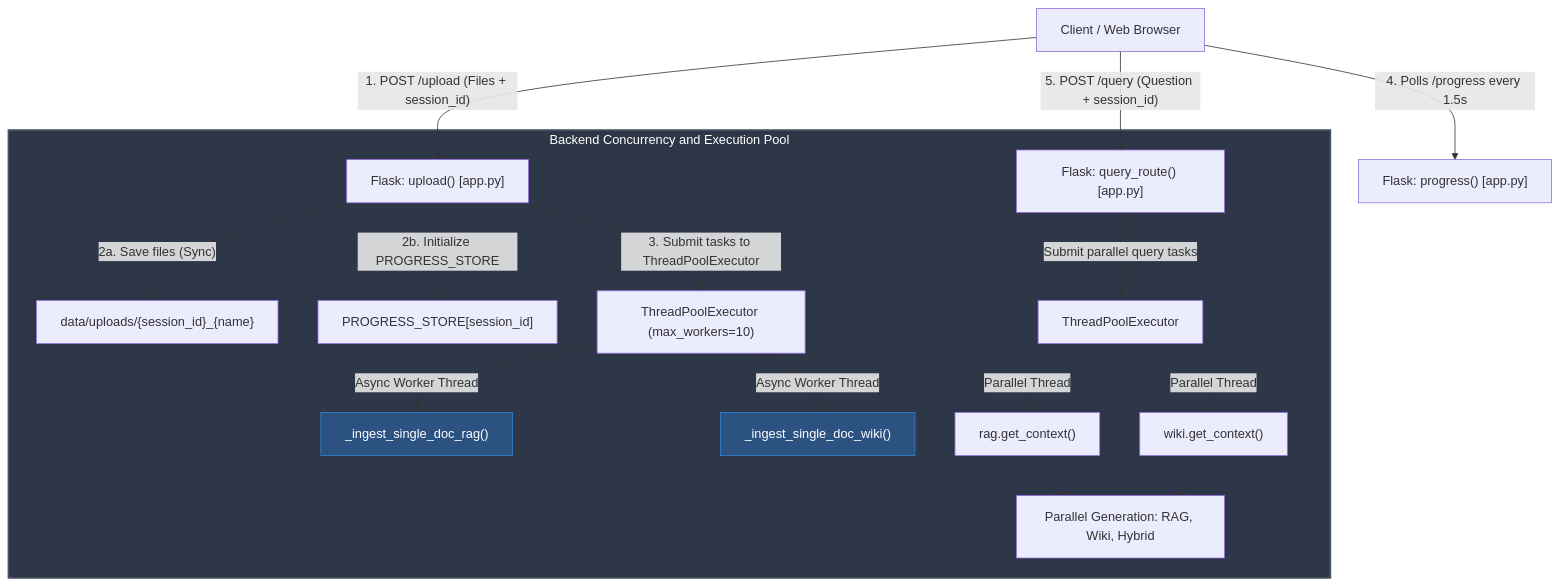
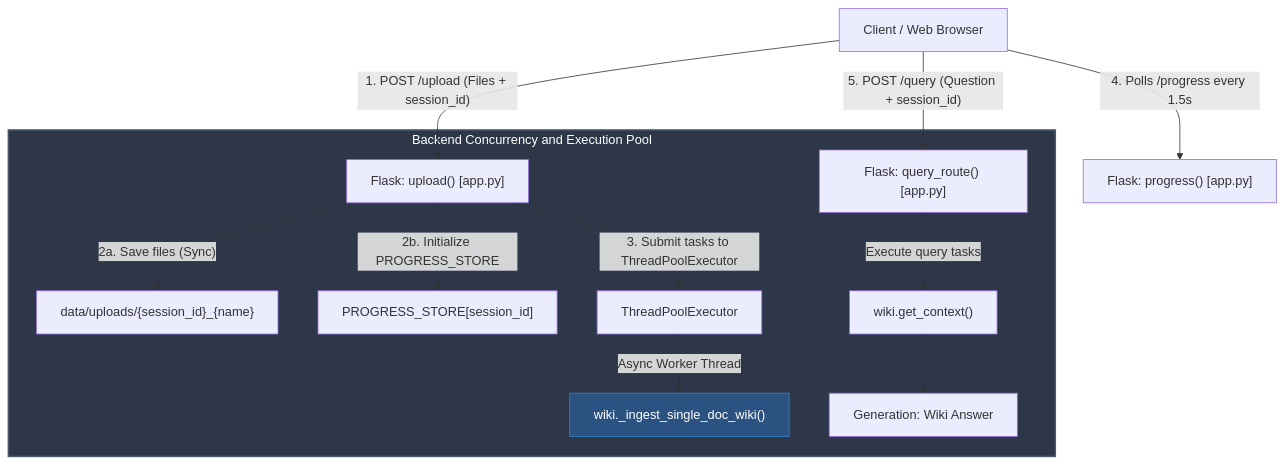
One commit to rhealaloo45/Legal-Wiki-RAG changed the first of 2 diagrams in SYSTEM_OVERVIEW.md. Above: the diagram before and after it, drawn with Mermaid. The commit also changed other lines of this file and 4 other files, not shown here.

Commit message:
Graph logic fixed

````diff
--- a/SYSTEM_OVERVIEW.md
+++ b/SYSTEM_OVERVIEW.md
@@ -14,24 +14,20 @@
 ```mermaid
 graph TD
     Client[Client / Web Browser] -- "1. POST /upload (Files + session_id)" --> UploadRoute["Flask: upload() [app.py]"]
     Client -- "4. Polls /progress every 1.5s" --> ProgressRoute["Flask: progress() [app.py]"]
     Client -- "5. POST /query (Question + session_id)" --> QueryRoute["Flask: query_route() [app.py]"]
 
     subgraph BackendPool ["Backend Concurrency and Execution Pool"]
         UploadRoute -- "2a. Save files (Sync)" --> SavedDisk["data/uploads/{session_id}_{name}"]
         UploadRoute -- "2b. Initialize PROGRESS_STORE" --> StoreInit["PROGRESS_STORE[session_id]"]
-        UploadRoute -- "3. Submit tasks to ThreadPoolExecutor" --> Pool["ThreadPoolExecutor (max_workers=10)"]
+        UploadRoute -- "3. Submit tasks to ThreadPoolExecutor" --> Pool["ThreadPoolExecutor"]
 
-        Pool -- "Async Worker Thread" --> IngestRAG["_ingest_single_doc_rag()"]
-        Pool -- "Async Worker Thread" --> IngestWiki["_ingest_single_doc_wiki()"]
+        Pool -- "Async Worker Thread" --> IngestWiki["wiki._ingest_single_doc_wiki()"]
 
-        QueryRoute -- "Submit parallel query tasks" --> QueryPool["ThreadPoolExecutor"]
-        QueryPool -- "Parallel Thread" --> RunRAGContext["rag.get_context()"]
-        QueryPool -- "Parallel Thread" --> RunWikiContext["wiki.get_context()"]
-        RunRAGContext & RunWikiContext --> RunAnswers["Parallel Generation: RAG, Wiki, Hybrid"]
+        QueryRoute -- "Execute query tasks" --> RunWikiContext["wiki.get_context()"]
+        RunWikiContext --> RunAnswers["Generation: Wiki Answer"]
     end
 
     style BackendPool fill:#2d3748,stroke:#4a5568,stroke-width:2px,color:#fff
-    style IngestRAG fill:#2c5282,stroke:#3182ce,color:#fff
     style IngestWiki fill:#2c5282,stroke:#3182ce,color:#fff
 ```
````
